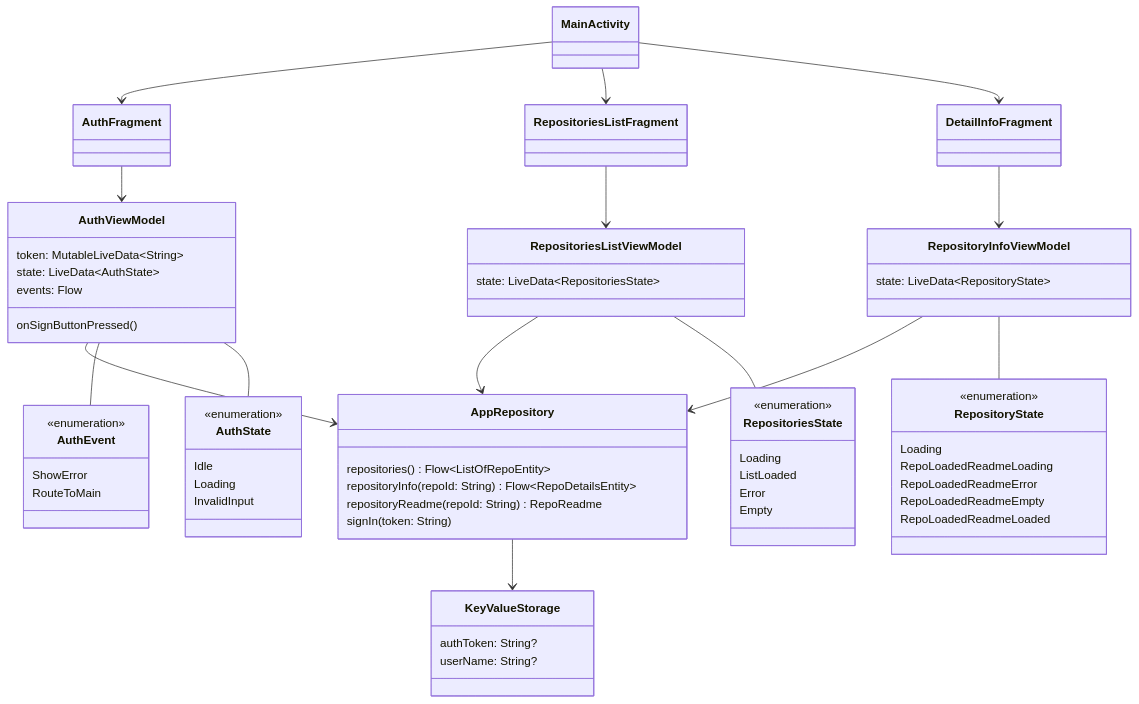
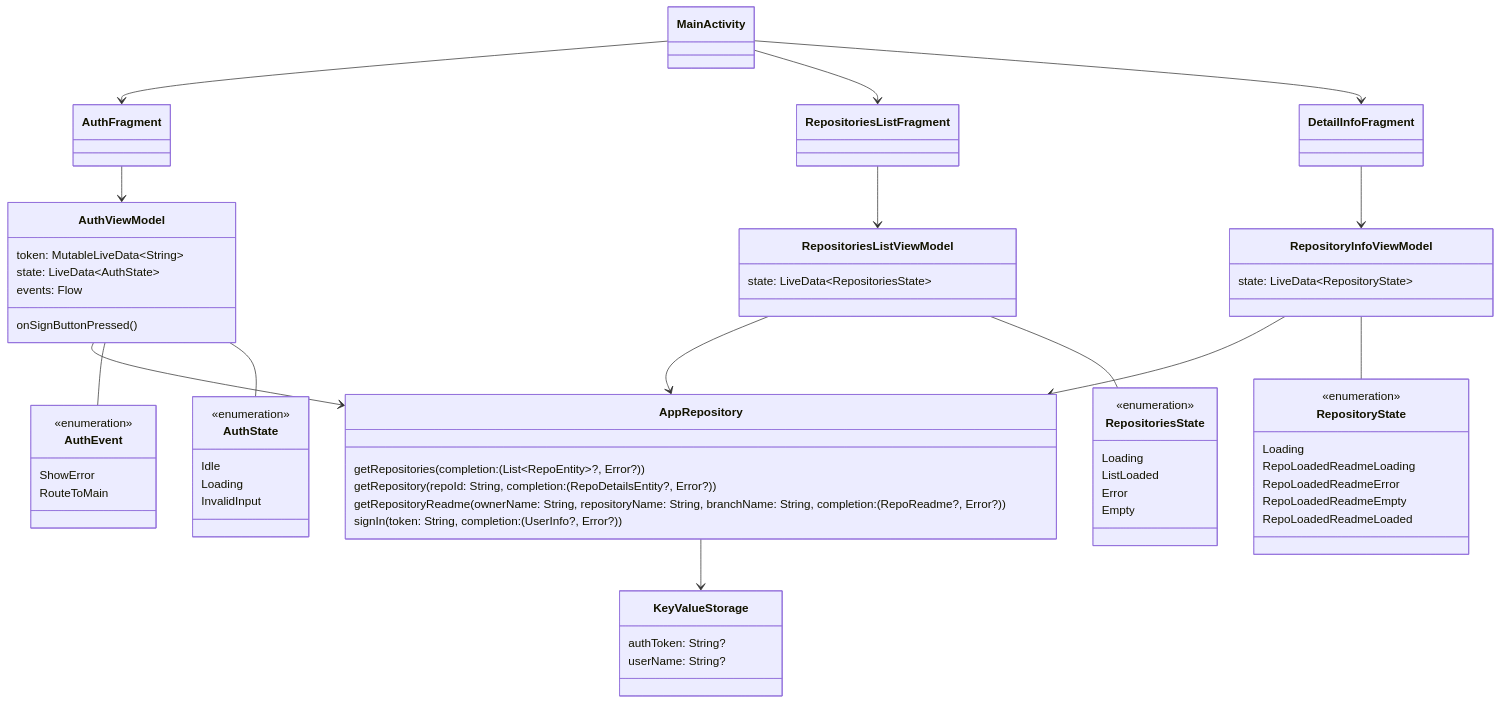
One commit to icerockdev/kmm.icerock.dev changed the diagram in university/1-android-basics/practice.md. Above: the diagram before and after it, drawn with Mermaid. The commit also changed 2 other files, not shown here.

Commit message:
updated graphs

```diff
--- a/university/1-android-basics/practice.md
+++ b/university/1-android-basics/practice.md
@@ -100,10 +100,10 @@
    }
    
    class AppRepository:::android {
-      repositories() Flow~ListOfRepoEntity~
-      repositoryInfo(repoId: String) Flow~RepoDetailsEntity~
-      repositoryReadme(repoId: String) RepoReadme
-      signIn(token: String)
+      getRepositories(completion: (List~RepoEntity~?, Error?))
+      getRepository(repoId: String, completion: (RepoDetailsEntity?, Error?))
+      getRepositoryReadme(ownerName: String, repositoryName: String, branchName: String, completion: (RepoReadme?, Error?))
+      signIn(token: String, completion: (UserInfo?, Error?))
    }
    
    class KeyValueStorage:::android{
```
